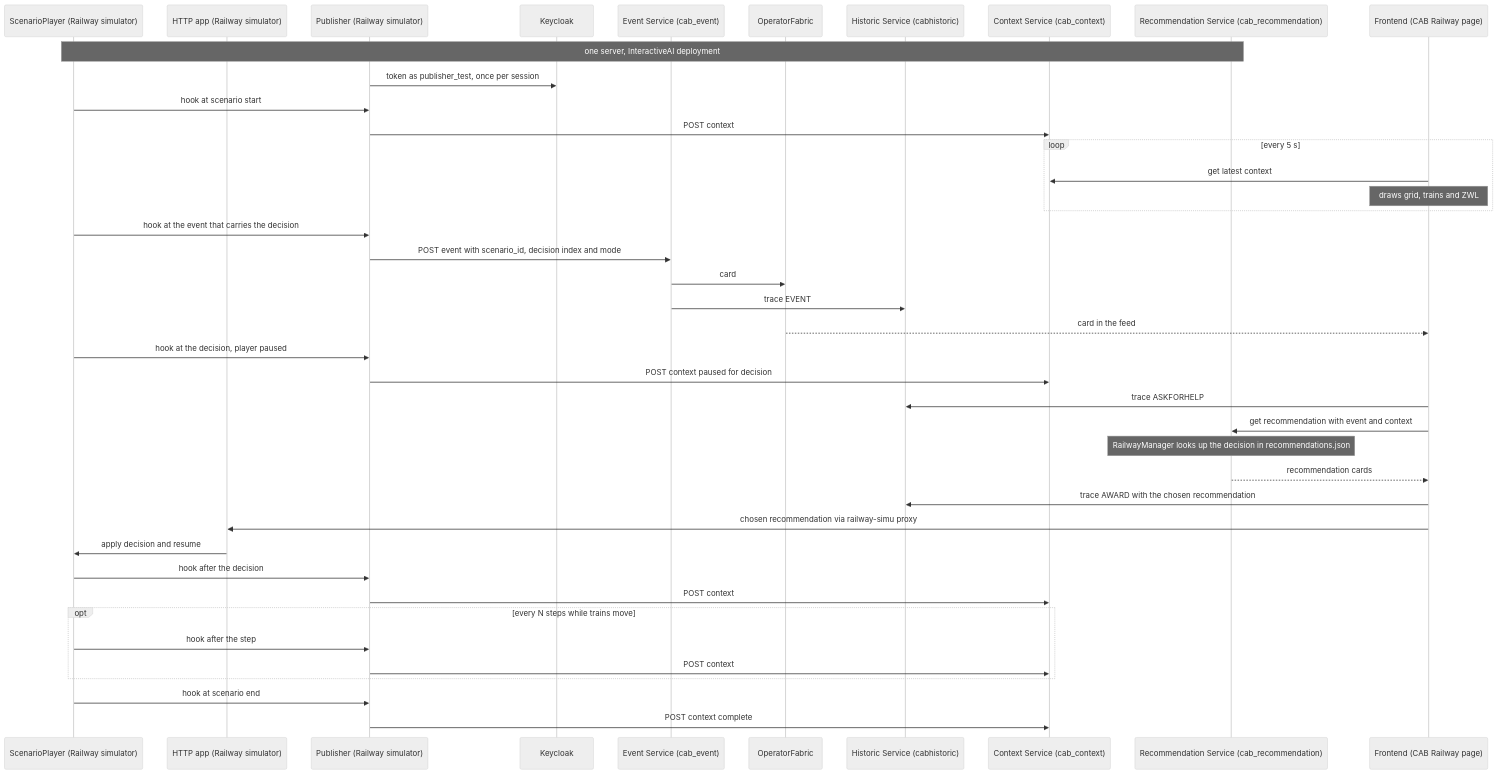
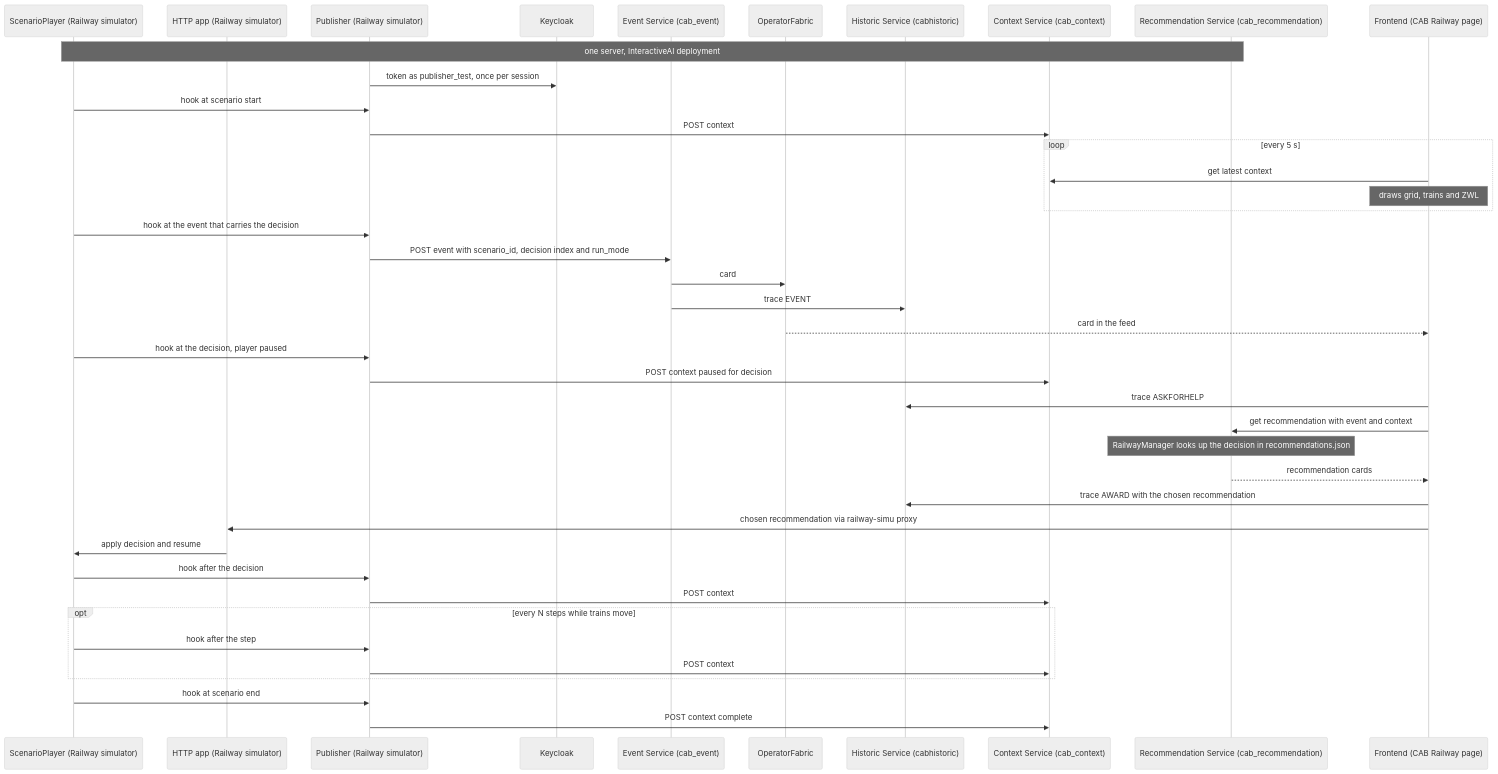
Before and after one commit to ainetus/InteractiveAI: the seventh of 12 diagrams in docs/plans/railway-use-case.md, drawn with Mermaid (neutral theme). The commit also changed other lines of this file, not shown here.

````diff
--- a/docs/plans/railway-use-case.md
+++ b/docs/plans/railway-use-case.md
@@ -1157,43 +1173,43 @@
 ```mermaid
 sequenceDiagram
     participant Player as ScenarioPlayer (Railway simulator)
     participant App as HTTP app (Railway simulator)
     participant Pub as Publisher (Railway simulator)
     participant KC as Keycloak
     participant Ev as Event Service (cab_event)
     participant OF as OperatorFabric
     participant Hist as Historic Service (cabhistoric)
     participant Ctx as Context Service (cab_context)
     participant Rec as Recommendation Service (cab_recommendation)
     participant FE as Frontend (CAB Railway page)
     Note over Player,Rec: one server, InteractiveAI deployment
     Pub->>KC: token as publisher_test, once per session
     Player->>Pub: hook at scenario start
     Pub->>Ctx: POST context
     loop every 5 s
         FE->>Ctx: get latest context
         Note over FE: draws grid, trains and ZWL
     end
     Player->>Pub: hook at the event that carries the decision
-    Pub->>Ev: POST event with scenario_id, decision index and mode
+    Pub->>Ev: POST event with scenario_id, decision index and run_mode
     Ev->>OF: card
     Ev->>Hist: trace EVENT
     OF-->>FE: card in the feed
     Player->>Pub: hook at the decision, player paused
     Pub->>Ctx: POST context paused for decision
     FE->>Hist: trace ASKFORHELP
     FE->>Rec: get recommendation with event and context
     Note over Rec: RailwayManager looks up the decision in recommendations.json
     Rec-->>FE: recommendation cards
     FE->>Hist: trace AWARD with the chosen recommendation
     FE->>App: chosen recommendation via railway-simu proxy
     App->>Player: apply decision and resume
     Player->>Pub: hook after the decision
     Pub->>Ctx: POST context
     opt every N steps while trains move
         Player->>Pub: hook after the step
         Pub->>Ctx: POST context
     end
     Player->>Pub: hook at scenario end
     Pub->>Ctx: POST context complete
 ```
````
